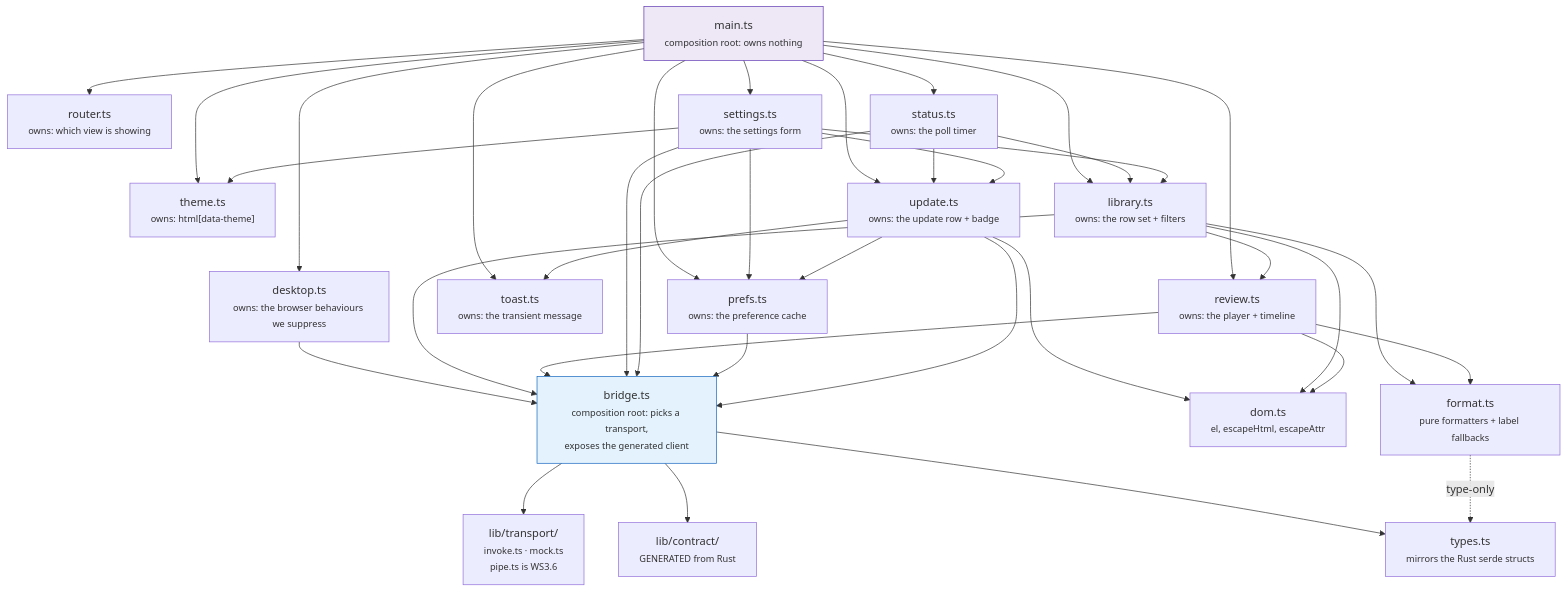
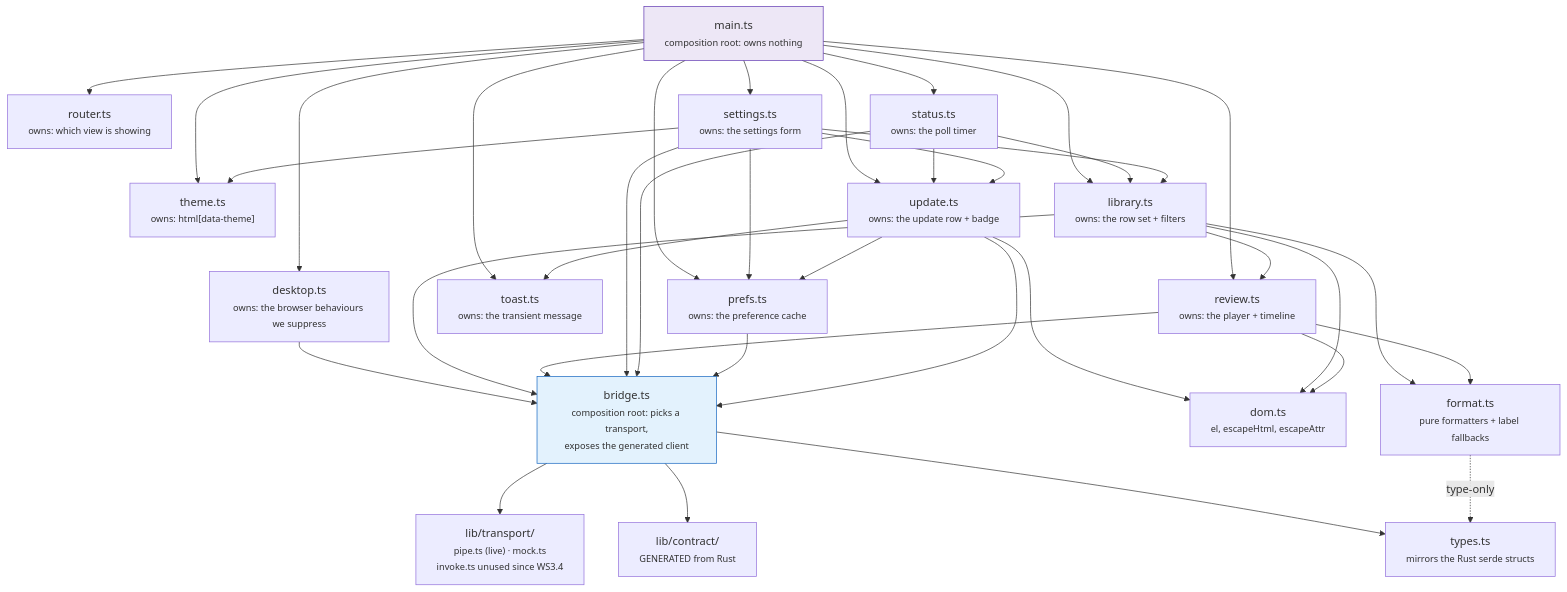
The first of 4 diagrams in docs/frontend.md (NinjaGoldfinch/ninja-recorder), drawn with Mermaid before and after one commit. The commit also changed other lines of this file and 13 other files, not shown here.

````diff
--- a/docs/frontend.md
+++ b/docs/frontend.md
@@ -13,58 +13,58 @@
 ```mermaid
 flowchart TB
     MAIN["main.ts<br/><small>composition root: owns nothing</small>"]
     ROUTER["router.ts<br/><small>owns: which view is showing</small>"]
     THEME["theme.ts<br/><small>owns: html[data-theme]</small>"]
     PREFS["prefs.ts<br/><small>owns: the preference cache</small>"]
     STATUS["status.ts<br/><small>owns: the poll timer</small>"]
     LIB["library.ts<br/><small>owns: the row set + filters</small>"]
     REVIEW["review.ts<br/><small>owns: the player + timeline</small>"]
     SETTINGS["settings.ts<br/><small>owns: the settings form</small>"]
     TOAST["toast.ts<br/><small>owns: the transient message</small>"]
     UPDATE["update.ts<br/><small>owns: the update row + badge</small>"]
     DESK["desktop.ts<br/><small>owns: the browser behaviours we suppress</small>"]
     BRIDGE["bridge.ts<br/><small>composition root: picks a transport,<br/>exposes the generated client</small>"]
-    TRANSPORT["lib/transport/<br/><small>invoke.ts · mock.ts<br/>pipe.ts is WS3.6</small>"]
+    TRANSPORT["lib/transport/<br/><small>pipe.ts (live) · mock.ts<br/>invoke.ts unused since WS3.4</small>"]
     CONTRACT["lib/contract/<br/><small>GENERATED from Rust</small>"]
     BRIDGE --> TRANSPORT
     BRIDGE --> CONTRACT
     DOM["dom.ts<br/><small>el, escapeHtml, escapeAttr</small>"]
     FMT["format.ts<br/><small>pure formatters + label fallbacks</small>"]
     TYPES["types.ts<br/><small>mirrors the Rust serde structs</small>"]
 
     MAIN --> ROUTER
     MAIN --> THEME
     MAIN --> PREFS
     MAIN --> STATUS
     MAIN --> LIB
     MAIN --> REVIEW
     MAIN --> SETTINGS
     MAIN --> TOAST
     MAIN --> UPDATE
     MAIN --> DESK
     DESK --> BRIDGE
     STATUS --> LIB
     STATUS --> UPDATE
     SETTINGS --> LIB
     SETTINGS --> THEME
     SETTINGS --> PREFS
     LIB --> REVIEW
     LIB --> BRIDGE
     REVIEW --> BRIDGE
     SETTINGS --> BRIDGE
     STATUS --> BRIDGE
     PREFS --> BRIDGE
     UPDATE --> BRIDGE
     UPDATE --> TOAST
     UPDATE --> DOM
     UPDATE --> PREFS
     SETTINGS --> UPDATE
     LIB --> FMT
     REVIEW --> FMT
     LIB --> DOM
     REVIEW --> DOM
     BRIDGE --> TYPES
     FMT -.->|"type-only"| TYPES
     style MAIN fill:#ede7f6,stroke:#5e35b1
     style BRIDGE fill:#e3f2fd,stroke:#1565c0
 ```
````
